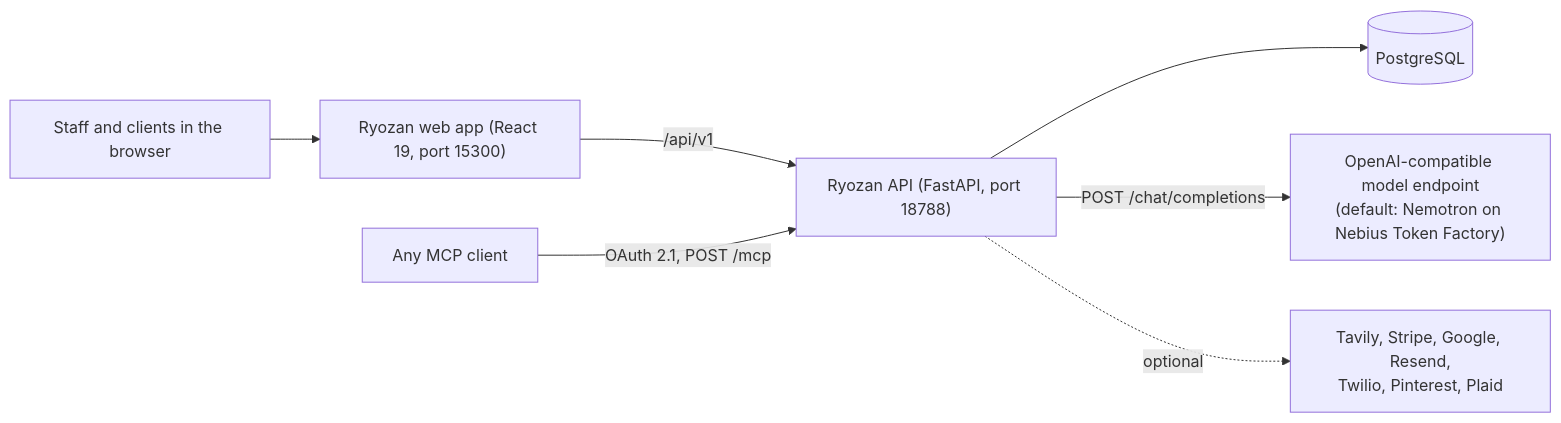
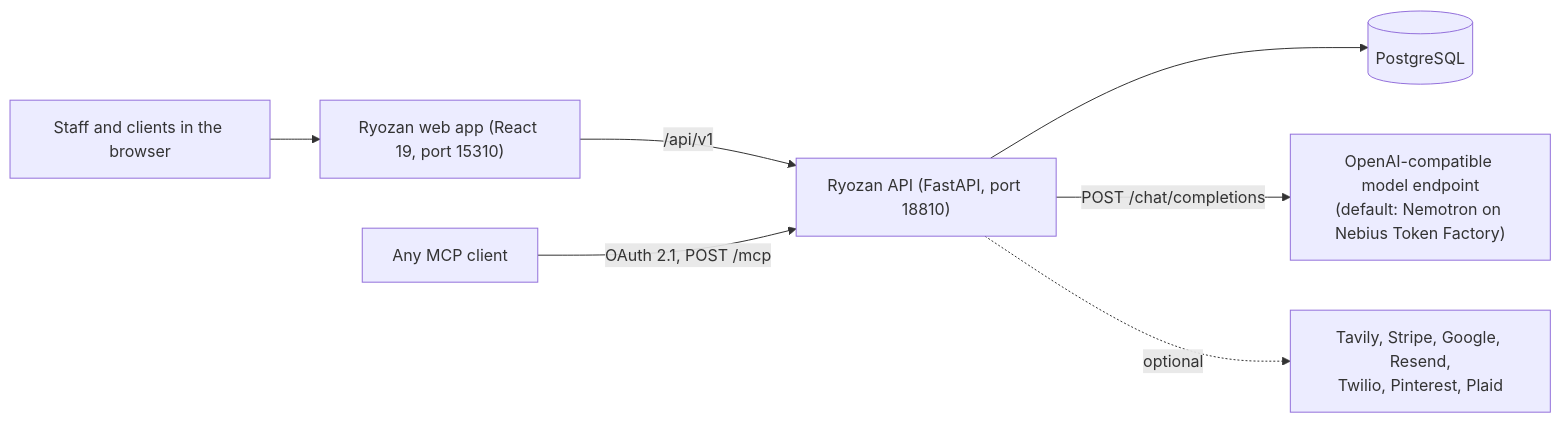
One commit to GalaAI/ryozan changed the diagram in README.md. Above: the diagram before and after it, drawn with Mermaid. The commit also changed other lines of this file and 16 other files, not shown here.

````diff
--- a/README.md
+++ b/README.md
@@ -106,9 +106,9 @@
 ```mermaid
 flowchart LR
-  Staff["Staff and clients in the browser"] --> App["Ryozan web app (React 19, port 15300)"]
-  App -->|"/api/v1"| API["Ryozan API (FastAPI, port 18788)"]
+  Staff["Staff and clients in the browser"] --> App["Ryozan web app (React 19, port 15310)"]
+  App -->|"/api/v1"| API["Ryozan API (FastAPI, port 18810)"]
   API --> DB[("PostgreSQL")]
   API -->|"POST /chat/completions"| LLM["OpenAI-compatible model endpoint\n(default: Nemotron on Nebius Token Factory)"]
   API -.->|"optional"| Ext["Tavily, Stripe, Google, Resend,\nTwilio, Pinterest, Plaid"]
   MCPClient["Any MCP client"] -->|"OAuth 2.1, POST /mcp"| API
 ```
````
